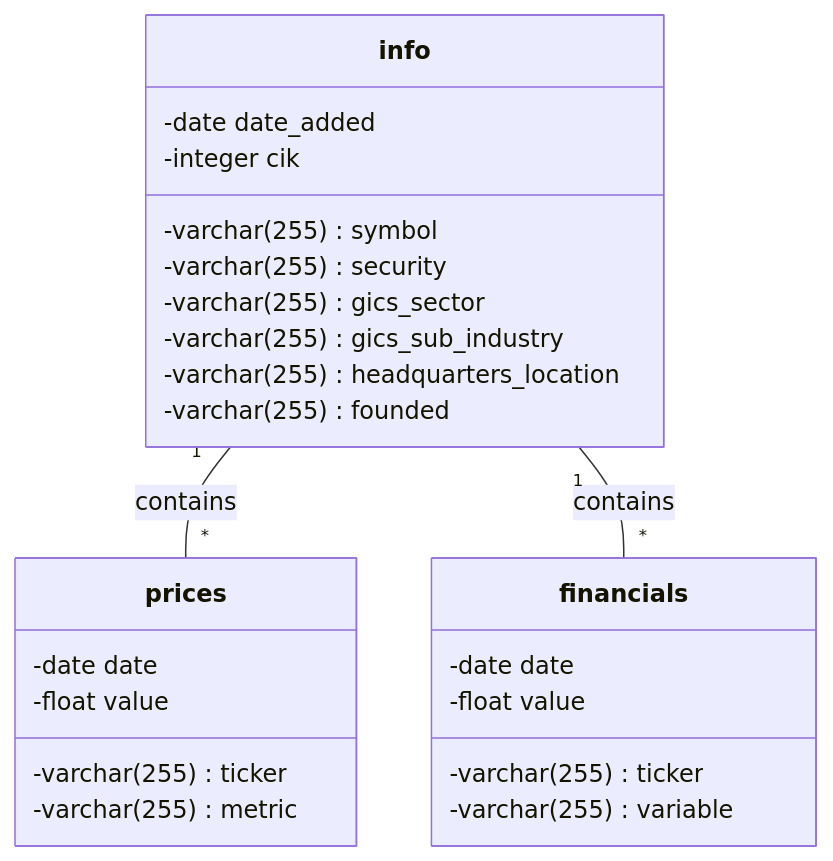
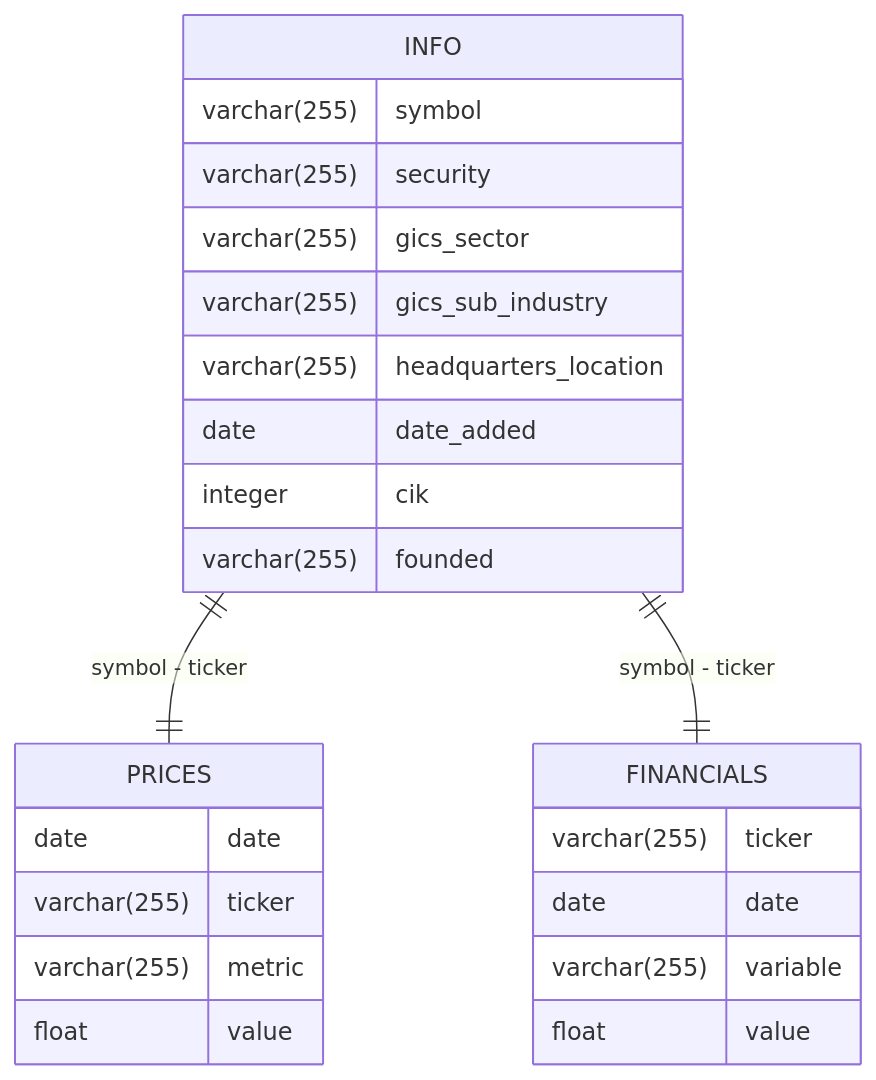
One commit to juan-esteban-berger/spx_dashboard changed the diagram in README.md. Above: the diagram before and after it, drawn with Mermaid.

````diff
--- a/README.md
+++ b/README.md
@@ -61,27 +61,27 @@
 ```mermaid
-classDiagram
-    class info{
-        -varchar(255) symbol
-        -varchar(255) security
-        -varchar(255) gics_sector
-        -varchar(255) gics_sub_industry
-        -varchar(255) headquarters_location
-        -date date_added
-        -integer cik
-        -varchar(255) founded
+erDiagram
+    INFO ||--|| PRICES : "symbol - ticker"
+    INFO ||--|| FINANCIALS : "symbol - ticker"
+    INFO {
+      varchar(255) symbol
+      varchar(255) security
+      varchar(255) gics_sector
+      varchar(255) gics_sub_industry
+      varchar(255) headquarters_location
+      date date_added
+      integer cik
+      varchar(255) founded
     }
-    class prices{
-        -date date
-        -varchar(255) ticker
-        -varchar(255) metric
-        -float value
+    PRICES {
+      date date
+      varchar(255) ticker
+      varchar(255) metric
+      float value
     }
-    class financials{
-        -varchar(255) ticker
-        -date date
-        -varchar(255) variable
-        -float value
+    FINANCIALS {
+      varchar(255) ticker
+      date date
+      varchar(255) variable
+      float value
     }
-    info "1" -- "*" prices : contains
-    info "1" -- "*" financials : contains
 ```
````
